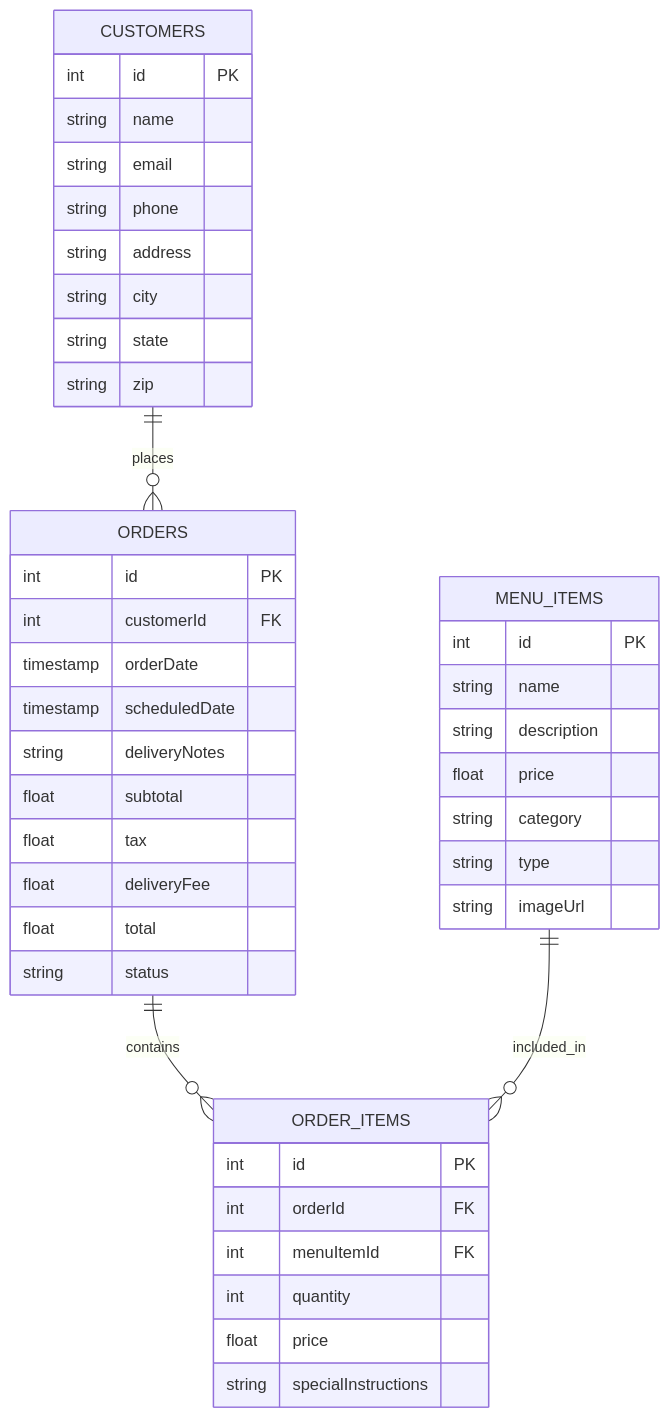
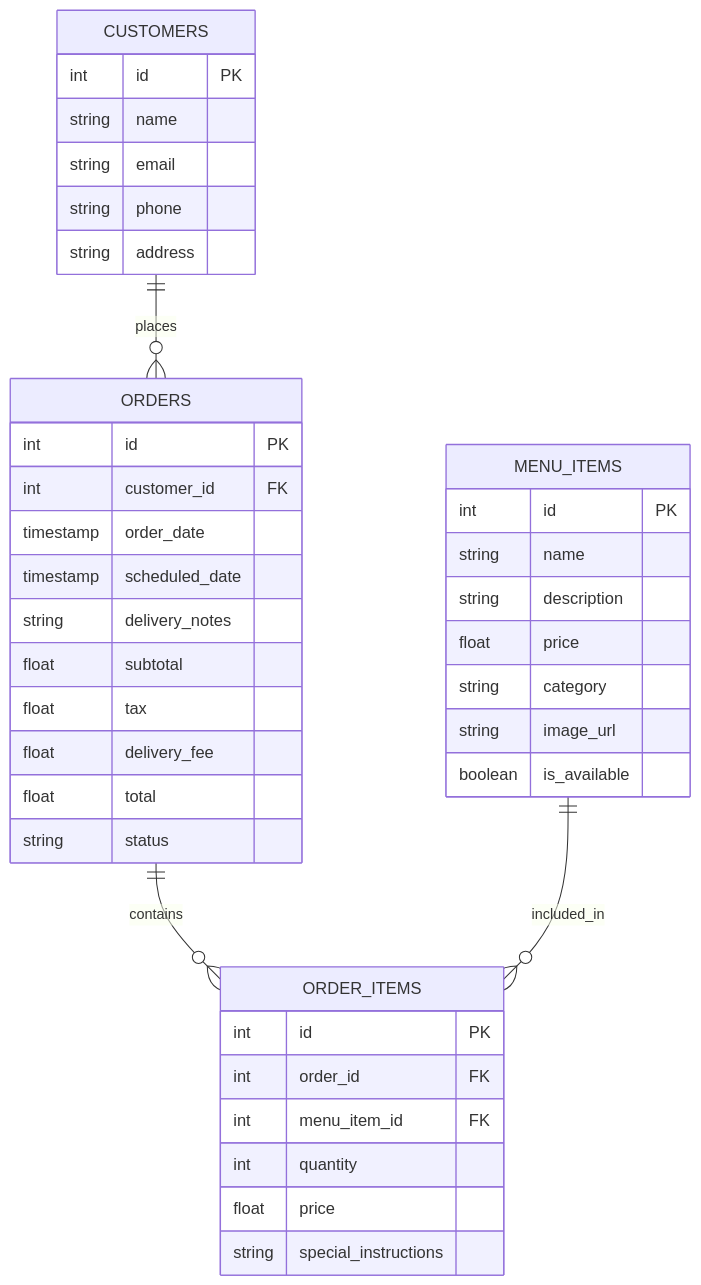
The diagram in eel-bar-database-erd.md (HUSEYNKHANLI/potomaceels), drawn with Mermaid before and after one commit. The commit also changed other lines of this file, not shown here.

Commit message:
Updated ERD documentation to match actual database schema

````diff
--- a/eel-bar-database-erd.md
+++ b/eel-bar-database-erd.md
@@ -5,49 +5,46 @@
 ```mermaid
 erDiagram
     MENU_ITEMS {
         int id PK
         string name
         string description
         float price
         string category
-        string type
-        string imageUrl
+        string image_url
+        boolean is_available
     }
     
     CUSTOMERS {
         int id PK
         string name
         string email
         string phone
         string address
-        string city
-        string state
-        string zip
     }
     
     ORDERS {
         int id PK
-        int customerId FK
-        timestamp orderDate
-        timestamp scheduledDate
-        string deliveryNotes
+        int customer_id FK
+        timestamp order_date
+        timestamp scheduled_date
+        string delivery_notes
         float subtotal
         float tax
-        float deliveryFee
+        float delivery_fee
         float total
         string status
     }
     
     ORDER_ITEMS {
         int id PK
-        int orderId FK
-        int menuItemId FK
+        int order_id FK
+        int menu_item_id FK
         int quantity
         float price
-        string specialInstructions
+        string special_instructions
     }
     
     CUSTOMERS ||--o{ ORDERS : places
     ORDERS ||--o{ ORDER_ITEMS : contains
     MENU_ITEMS ||--o{ ORDER_ITEMS : included_in
 ```
````
